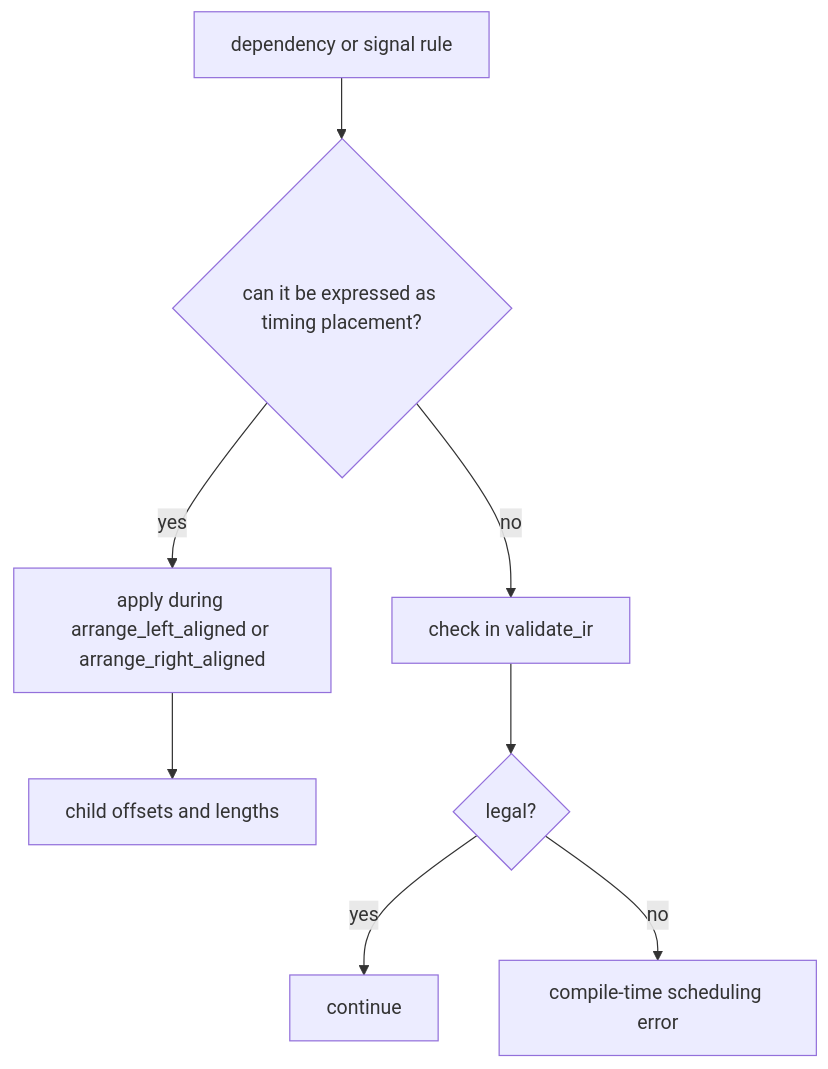
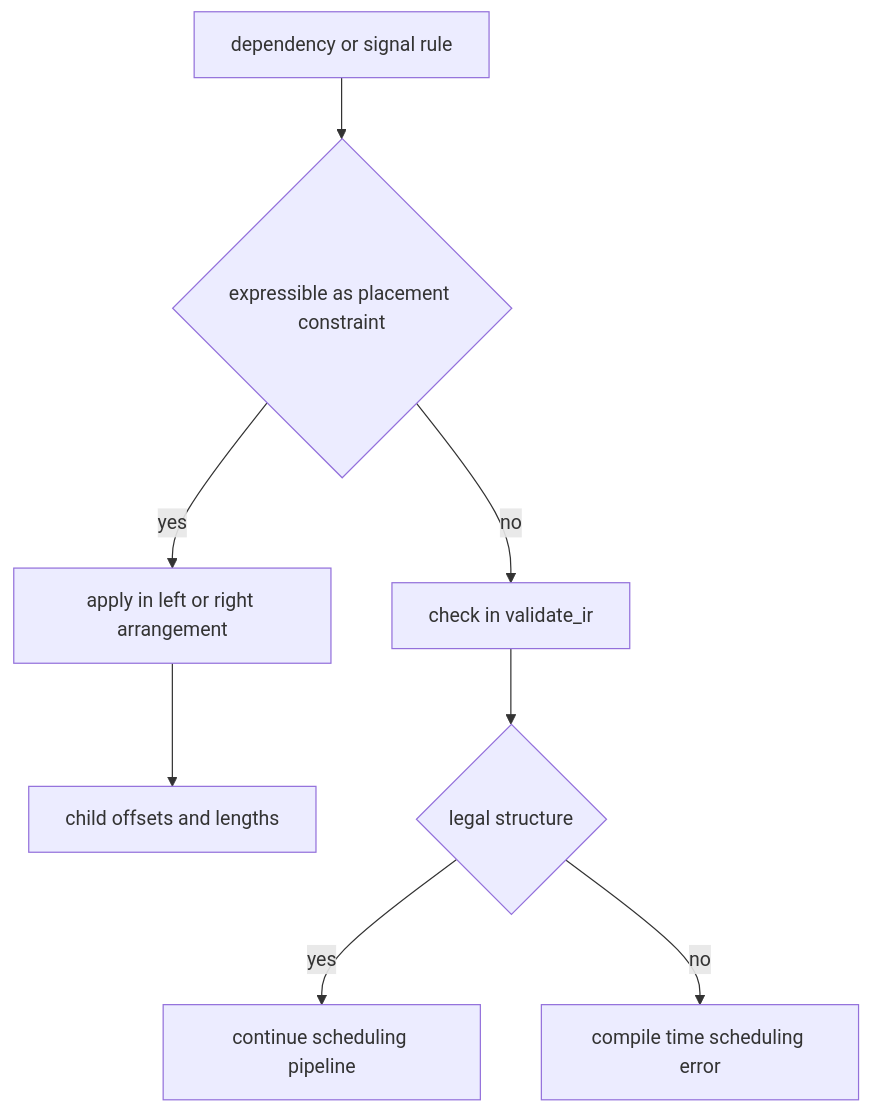
The ninth of 11 diagrams in docs/04a-global-scheduling-implementation.md (brianzi/laboneq-devguide), drawn with Mermaid before and after one commit. The commit also changed other lines of this file, not shown here.

Commit message:
Fix scheduling Mermaid diagrams

````diff
--- a/docs/04a-global-scheduling-implementation.md
+++ b/docs/04a-global-scheduling-implementation.md
@@ -232,10 +221,10 @@
 ```mermaid
-graph TD
-    A[dependency or signal rule] --> B{can it be expressed as timing placement?}
-    B -->|yes| C[apply during arrange_left_aligned or arrange_right_aligned]
-    B -->|no| D[check in validate_ir]
-    C --> E[child offsets and lengths]
-    D --> F{legal?}
-    F -->|yes| G[continue]
-    F -->|no| H[compile-time scheduling error]
+flowchart TD
+    A["dependency or signal rule"] --> B{"expressible as placement constraint"}
+    B -->|"yes"| C["apply in left or right arrangement"]
+    B -->|"no"| D["check in validate_ir"]
+    C --> E["child offsets and lengths"]
+    D --> F{"legal structure"}
+    F -->|"yes"| G["continue scheduling pipeline"]
+    F -->|"no"| H["compile time scheduling error"]
 ```
````
